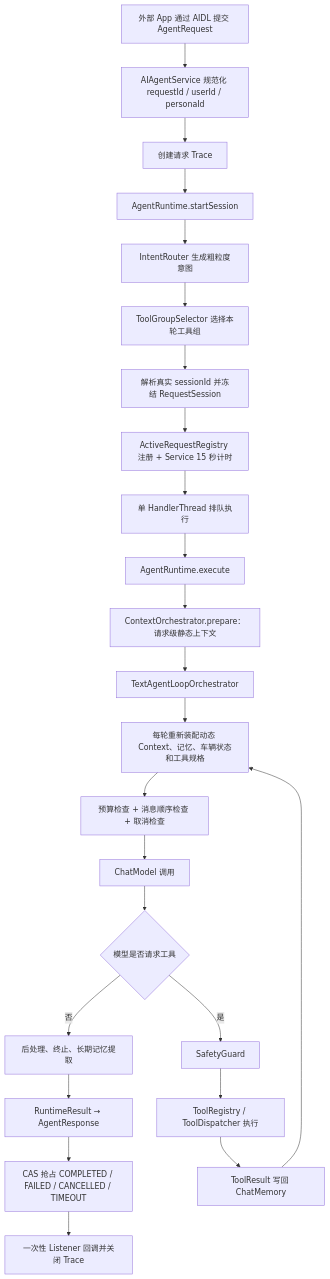
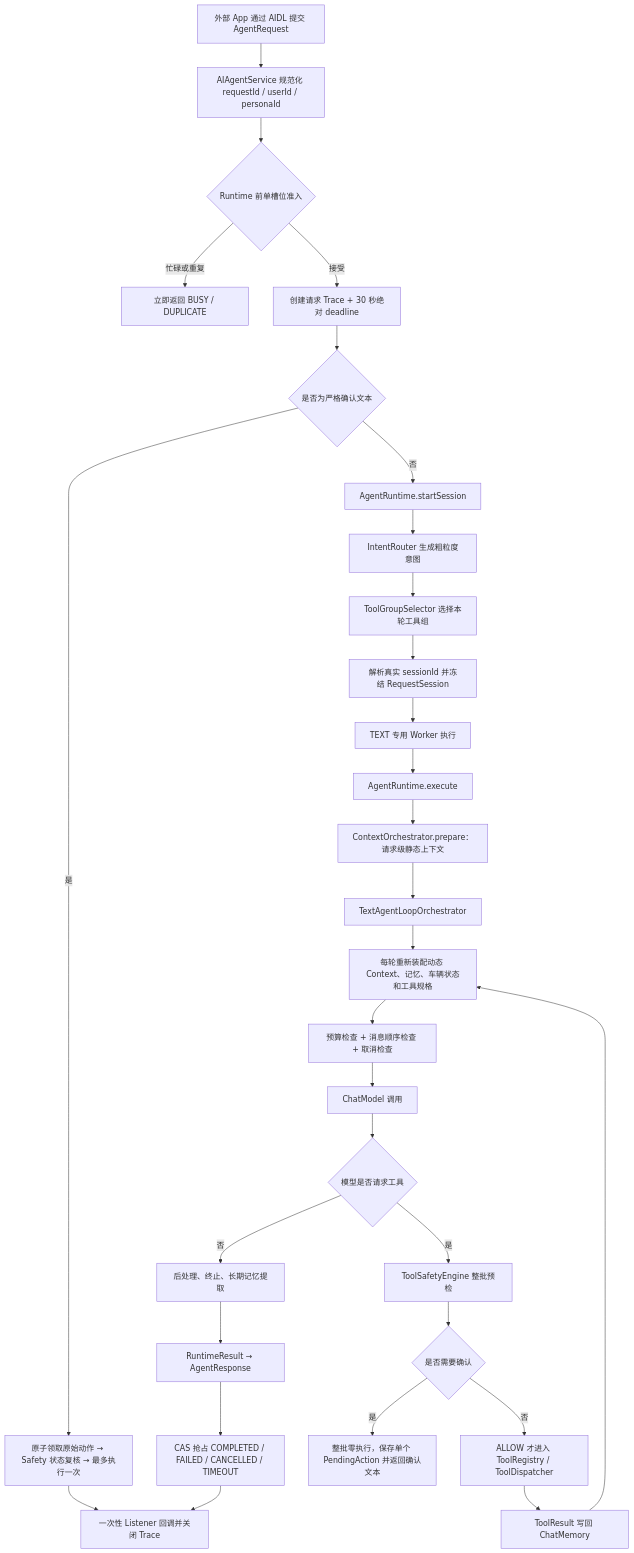
One commit to yala5820/car_aiagent changed the first of 2 diagrams in docs/overview/agent-architecture-and-runtime-flow-evaluation.md. Above: the diagram before and after it, drawn with Mermaid. The commit also changed other lines of this file and 43 other files, not shown here.

````diff
--- a/docs/overview/agent-architecture-and-runtime-flow-evaluation.md
+++ b/docs/overview/agent-architecture-and-runtime-flow-evaluation.md
@@ -94,26 +105,32 @@
 ```mermaid
 flowchart TD
     A["外部 App 通过 AIDL 提交 AgentRequest"] --> B["AIAgentService 规范化 requestId / userId / personaId"]
-    B --> C["创建请求 Trace"]
-    C --> D["AgentRuntime.startSession"]
+    B --> B1{"Runtime 前单槽位准入"}
+    B1 -- 忙碌或重复 --> T0["立即返回 BUSY / DUPLICATE"]
+    B1 -- 接受 --> C["创建请求 Trace + 30 秒绝对 deadline"]
+    C --> C1{"是否为严格确认文本"}
+    C1 -- 是 --> C2["原子领取原始动作 → Safety 状态复核 → 最多执行一次"]
+    C1 -- 否 --> D["AgentRuntime.startSession"]
     D --> D1["IntentRouter 生成粗粒度意图"]
     D1 --> D2["ToolGroupSelector 选择本轮工具组"]
     D2 --> D3["解析真实 sessionId 并冻结 RequestSession"]
-    D3 --> E["ActiveRequestRegistry 注册 + Service 15 秒计时"]
-    E --> F["单 HandlerThread 排队执行"]
+    D3 --> F["TEXT 专用 Worker 执行"]
     F --> G["AgentRuntime.execute"]
     G --> H["ContextOrchestrator.prepare：请求级静态上下文"]
     H --> I["TextAgentLoopOrchestrator"]
     I --> J["每轮重新装配动态 Context、记忆、车辆状态和工具规格"]
     J --> K["预算检查 + 消息顺序检查 + 取消检查"]
     K --> L["ChatModel 调用"]
     L --> M{"模型是否请求工具"}
     M -- 否 --> N["后处理、终止、长期记忆提取"]
-    M -- 是 --> O["SafetyGuard"]
-    O --> P["ToolRegistry / ToolDispatcher 执行"]
+    M -- 是 --> O["ToolSafetyEngine 整批预检"]
+    O --> O1{"是否需要确认"}
+    O1 -- 是 --> O2["整批零执行，保存单个 PendingAction 并返回确认文本"]
+    O1 -- 否 --> P["ALLOW 才进入 ToolRegistry / ToolDispatcher"]
     P --> Q["ToolResult 写回 ChatMemory"]
     Q --> J
     N --> R["RuntimeResult → AgentResponse"]
     R --> S["CAS 抢占 COMPLETED / FAILED / CANCELLED / TIMEOUT"]
     S --> T["一次性 Listener 回调并关闭 Trace"]
+    C2 --> T
 ```
````
